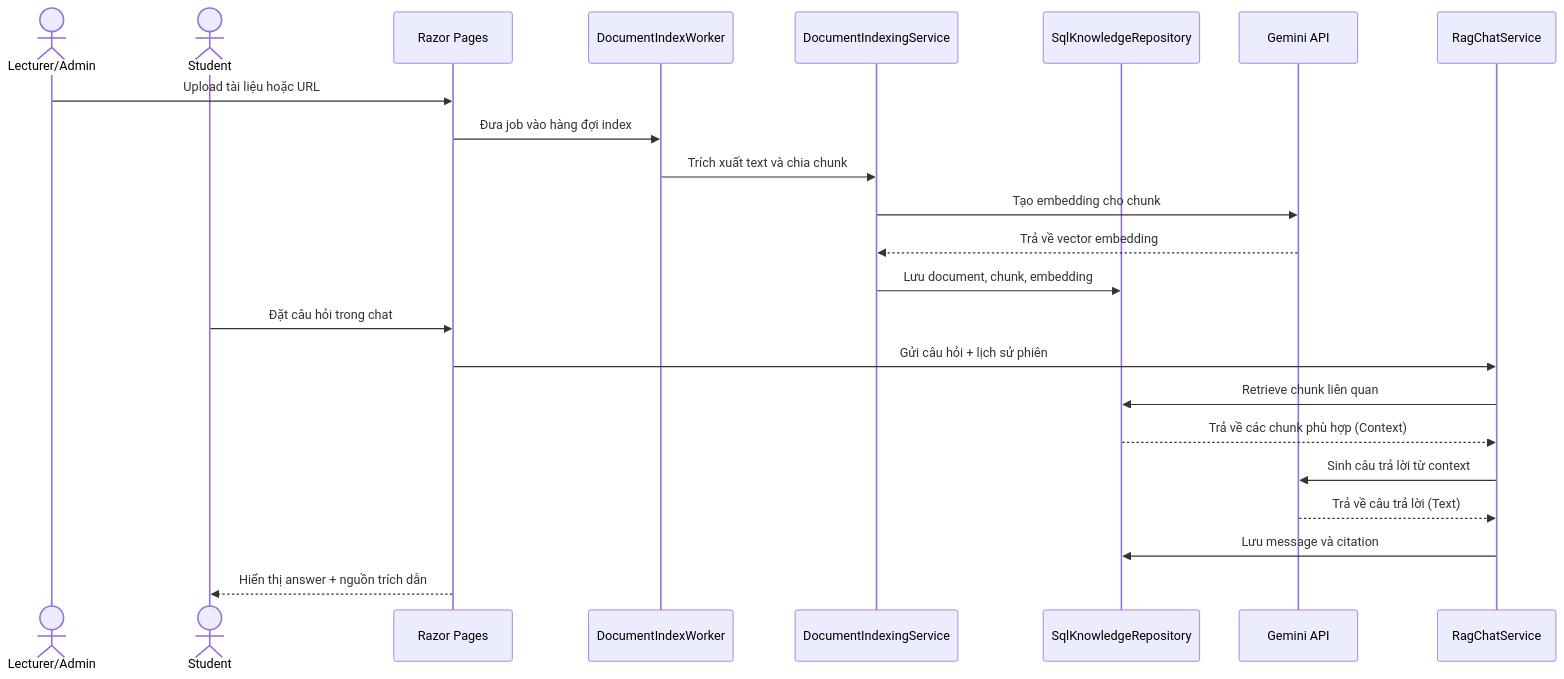
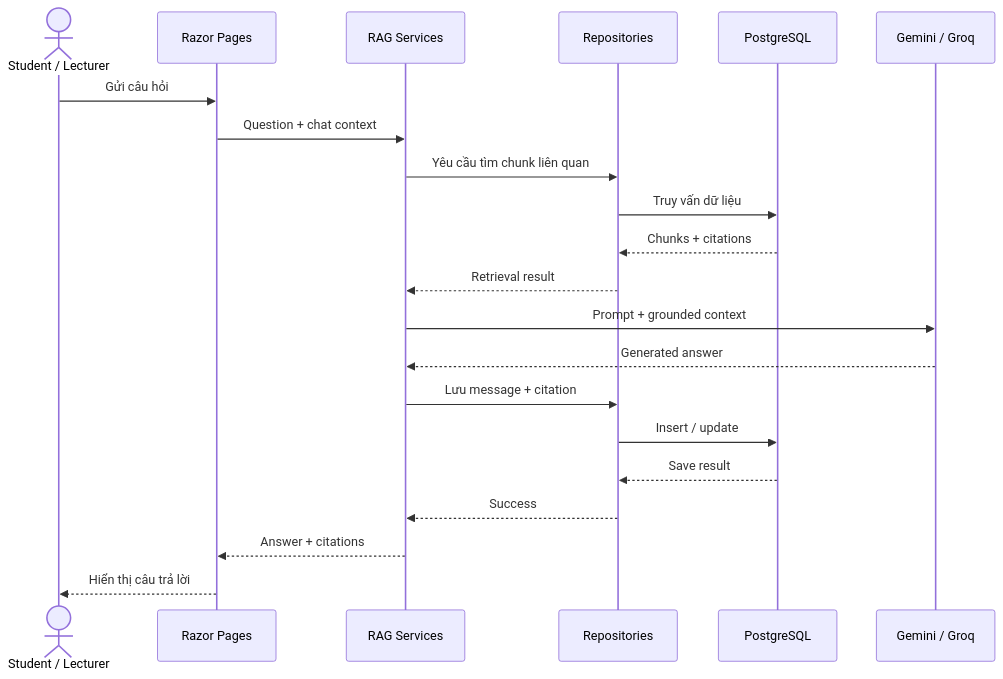
Before and after one commit to thanhduykx/PRN222_FINAL: the diagram in README.md, drawn with Mermaid. The commit also changed other lines of this file and 26 other files, not shown here.

````diff
--- a/README.md
+++ b/README.md
@@ -45,35 +124,24 @@
 ```mermaid
 sequenceDiagram
-    actor Lecturer as Lecturer/Admin
-    actor Student as Student
-    participant UI as Razor Pages
-    participant Worker as DocumentIndexWorker
-    participant Indexing as DocumentIndexingService
-    participant Repo as SqlKnowledgeRepository
-    participant AI as Gemini API
-    participant Chat as RagChatService
+    actor User as Student / Lecturer
+    participant Web as Razor Pages
+    participant BLL as RAG Services
+    participant DAL as Repositories
+    participant DB as PostgreSQL
+    participant AI as Gemini / Groq
 
-    Lecturer->>UI: Upload tài liệu hoặc URL
-    UI->>Worker: Đưa job vào hàng đợi index
-    Worker->>Indexing: Trích xuất text và chia chunk
-    
-    Indexing->>AI: Tạo embedding cho chunk
-    %% Bổ sung trả về từ Gemini lúc tạo embedding
-    AI-->>Indexing: Trả về vector embedding 
-    
-    Indexing->>Repo: Lưu document, chunk, embedding
-    
-    Student->>UI: Đặt câu hỏi trong chat
-    UI->>Chat: Gửi câu hỏi + lịch sử phiên
-    
-    Chat->>Repo: Retrieve chunk liên quan
-    %% Bổ sung trả về từ Database lúc tìm ngữ cảnh
-    Repo-->>Chat: Trả về các chunk phù hợp (Context)
-    
-    Chat->>AI: Sinh câu trả lời từ context
-    %% Bổ sung trả về từ Gemini lúc sinh câu trả lời
-    AI-->>Chat: Trả về câu trả lời (Text)
-    
-    Chat->>Repo: Lưu message và citation
-    UI-->>Student: Hiển thị answer + nguồn trích dẫn
+    User->>Web: Gửi câu hỏi
+    Web->>BLL: Question + chat context
+    BLL->>DAL: Yêu cầu tìm chunk liên quan
+    DAL->>DB: Truy vấn dữ liệu
+    DB-->>DAL: Chunks + citations
+    DAL-->>BLL: Retrieval result
+    BLL->>AI: Prompt + grounded context
+    AI-->>BLL: Generated answer
+    BLL->>DAL: Lưu message + citation
+    DAL->>DB: Insert / update
+    DB-->>DAL: Save result
+    DAL-->>BLL: Success
+    BLL-->>Web: Answer + citations
+    Web-->>User: Hiển thị câu trả lời
 ```
````
